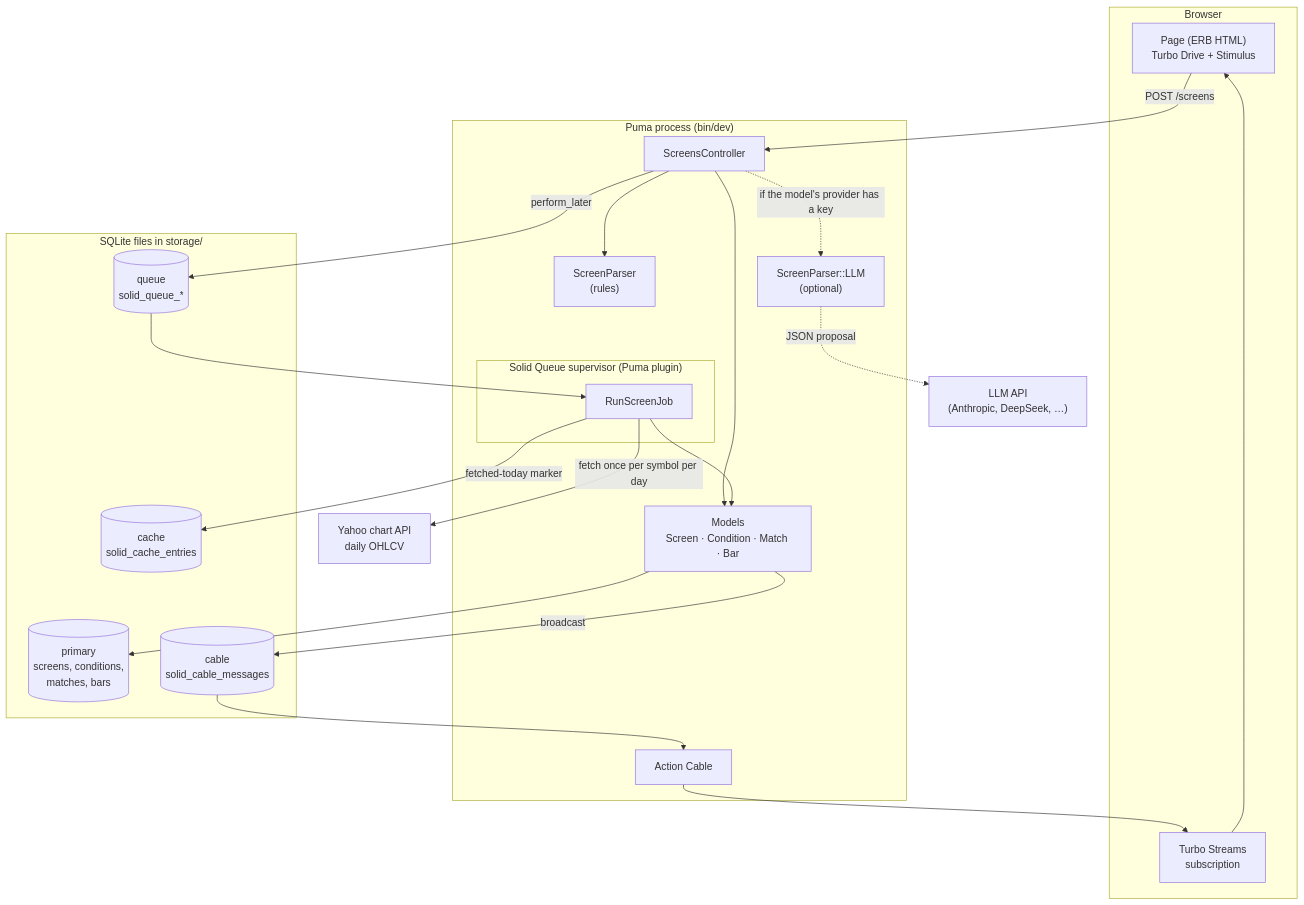
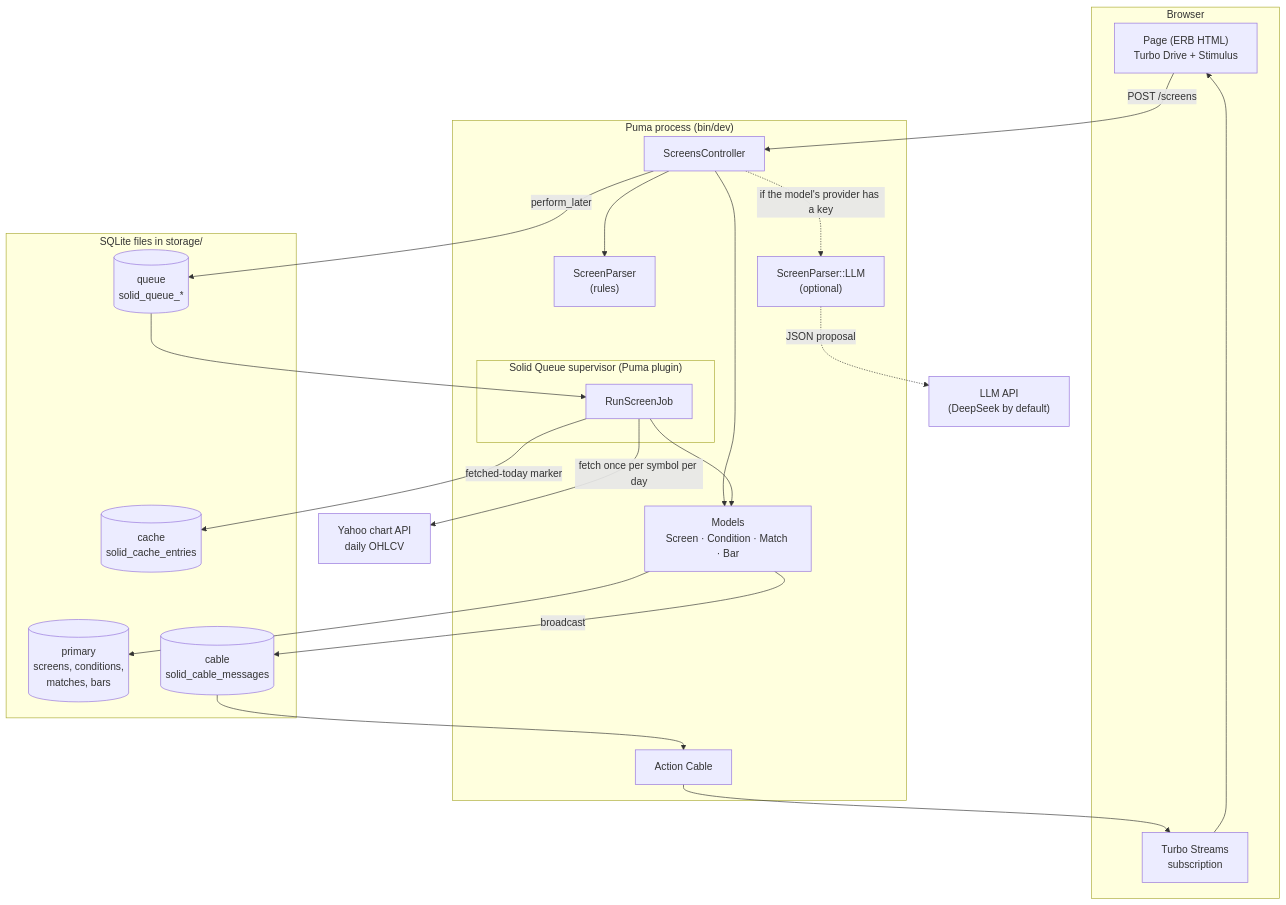
Before and after one commit to henryzhangpku/rails-nl-screen: the first of 7 diagrams in docs/ARCHITECTURE.md, drawn with Mermaid. The commit also changed other lines of this file and 8 other files, not shown here.

First line of the commit message:
Default the LLM parser to DeepSeek; drop Claude from the demo

````diff
--- a/docs/ARCHITECTURE.md
+++ b/docs/ARCHITECTURE.md
@@ -53,41 +53,41 @@
 ```mermaid
 flowchart TB
   subgraph Browser
     UI["Page (ERB HTML)<br/>Turbo Drive + Stimulus"]
     WS["Turbo Streams<br/>subscription"]
   end
 
   subgraph Puma["Puma process (bin/dev)"]
     C["ScreensController"]
     M["Models<br/>Screen · Condition · Match · Bar"]
     P["ScreenParser<br/>(rules)"]
     CL["ScreenParser::LLM<br/>(optional)"]
     AC["Action Cable"]
     subgraph SQ["Solid Queue supervisor (Puma plugin)"]
       J["RunScreenJob"]
     end
   end
 
   subgraph SQLite["SQLite files in storage/"]
     DB1[("primary<br/>screens, conditions,<br/>matches, bars")]
     DB2[("queue<br/>solid_queue_*")]
     DB3[("cache<br/>solid_cache_entries")]
     DB4[("cable<br/>solid_cable_messages")]
   end
 
   Y["Yahoo chart API<br/>daily OHLCV"]
-  A["LLM API<br/>(Anthropic, DeepSeek, …)"]
+  A["LLM API<br/>(DeepSeek by default)"]
 
   UI -- "POST /screens" --> C
   C --> P
   C -. "if the model's provider has a key" .-> CL
   CL -. "JSON proposal" .-> A
   C --> M --> DB1
   C -- "perform_later" --> DB2
   DB2 --> J
   J --> M
   J -- "fetch once per symbol per day" --> Y
   J -- "fetched-today marker" --> DB3
   M -- "broadcast" --> DB4
   DB4 --> AC --> WS --> UI
 ```
````
